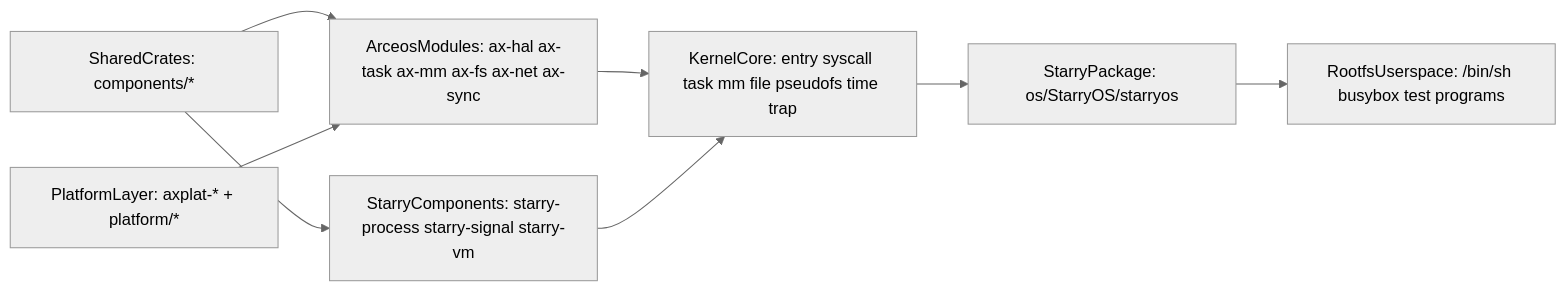
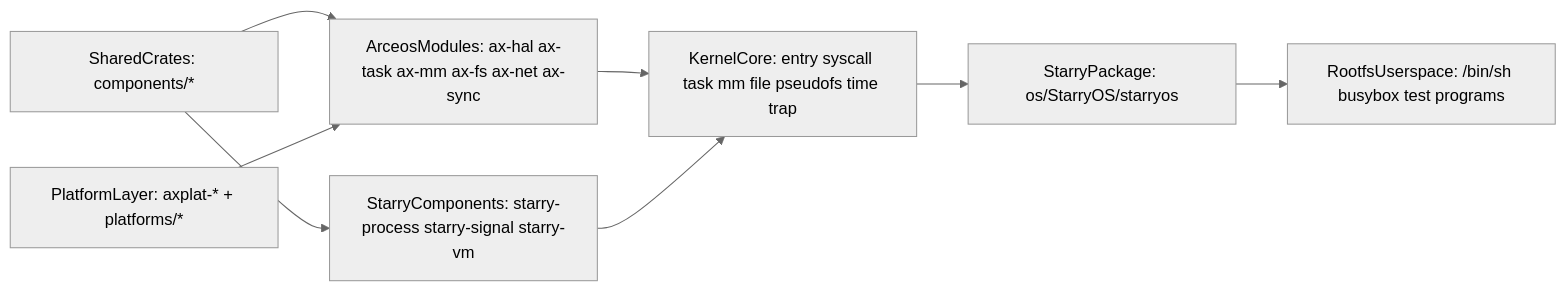
The first of 4 diagrams in docs/docs/architecture/starryos.md (rcore-os/tgoskits), drawn with Mermaid (neutral theme) before and after one commit. The commit also changed other lines of this file and 349 other files, not shown here.

First line of the commit message:
Implement platform-specific interrupt handling and setup for various architectures

````diff
--- a/docs/docs/architecture/starryos.md
+++ b/docs/docs/architecture/starryos.md
@@ -27,18 +27,18 @@
 ```mermaid
 flowchart LR
     rootfsUsers["RootfsUserspace: /bin/sh busybox test programs"]
     starryPackage["StarryPackage: os/StarryOS/starryos"]
     kernelCore["KernelCore: entry syscall task mm file pseudofs time trap"]
     starryComponents["StarryComponents: starry-process starry-signal starry-vm"]
     arceosModules["ArceosModules: ax-hal ax-task ax-mm ax-fs ax-net ax-sync"]
     sharedCrates["SharedCrates: components/*"]
-    platformLayer["PlatformLayer: axplat-* + platform/*"]
+    platformLayer["PlatformLayer: axplat-* + platforms/*"]
 
     sharedCrates --> arceosModules
     sharedCrates --> starryComponents
     platformLayer --> arceosModules
     arceosModules --> kernelCore
     starryComponents --> kernelCore
     kernelCore --> starryPackage
     starryPackage --> rootfsUsers
 ```
````
